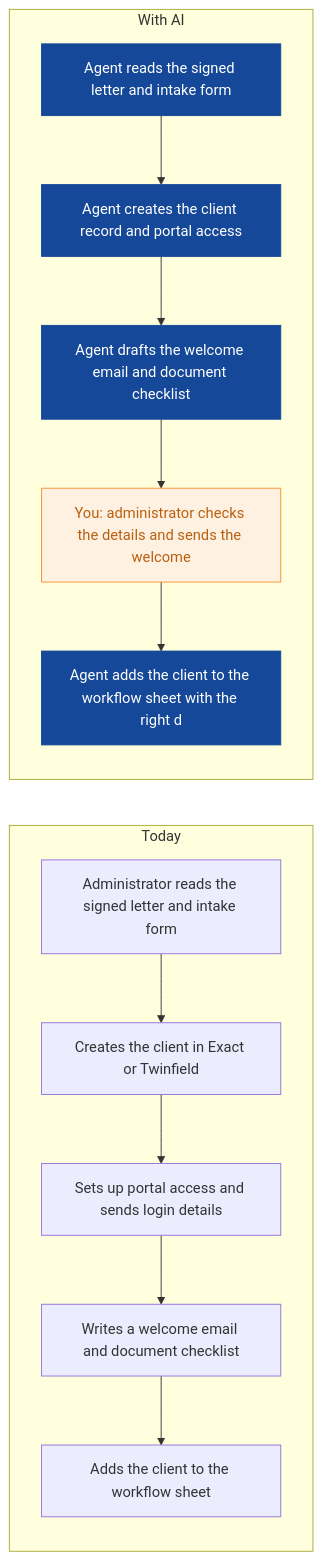
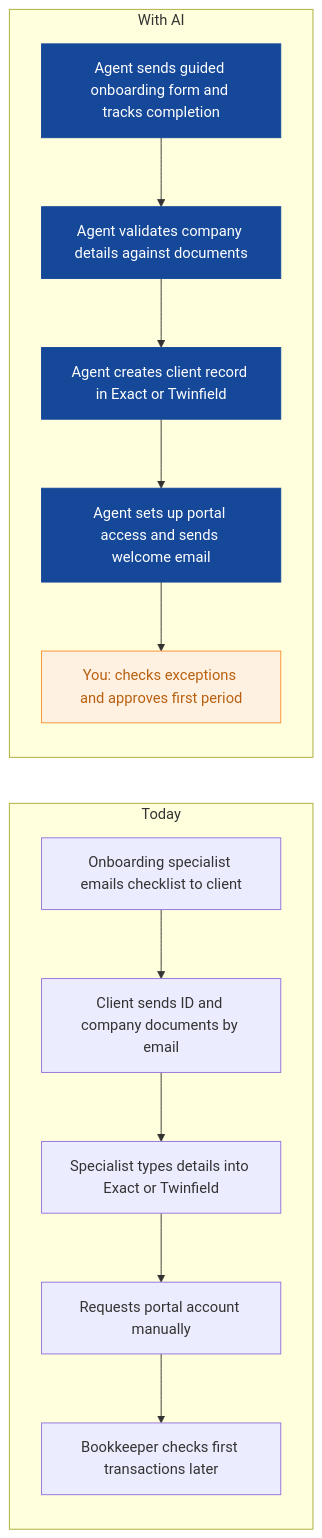
One commit to nexibeo/Complete-AI-Strategy changed the eighth of 9 diagrams in strategies/brightwater-accountancy.md. Above: the diagram before and after it, drawn with Mermaid. The commit also changed other lines of this file and 26 other files, not shown here.

````diff
--- a/strategies/brightwater-accountancy.md
+++ b/strategies/brightwater-accountancy.md
@@ -250,23 +256,23 @@
 ```mermaid
 flowchart LR
   subgraph Today
-    B0["Administrator reads the signed letter and intake form"]
-    B1["Creates the client in Exact or Twinfield"]
-    B2["Sets up portal access and sends login details"]
-    B3["Writes a welcome email and document checklist"]
-    B4["Adds the client to the workflow sheet"]
+    B0["Onboarding specialist emails checklist to client"]
+    B1["Client sends ID and company documents by email"]
+    B2["Specialist types details into Exact or Twinfield"]
+    B3["Requests portal account manually"]
+    B4["Bookkeeper checks first transactions later"]
     B0 --> B1 --> B2 --> B3 --> B4
   end
   subgraph WithAI[With AI]
-    A0["Agent reads the signed letter and intake form"]
-    A1["Agent creates the client record and portal access"]
-    A2["Agent drafts the welcome email and document checklist"]
-    A3["You: administrator checks the details and sends the welcome "]
-    A4["Agent adds the client to the workflow sheet with the right d"]
+    A0["Agent sends guided onboarding form and tracks completion"]
+    A1["Agent validates company details against documents"]
+    A2["Agent creates client record in Exact or Twinfield"]
+    A3["Agent sets up portal access and sends welcome email"]
+    A4["You: checks exceptions and approves first period"]
     A0 --> A1 --> A2 --> A3 --> A4
   end
   classDef ai fill:#154899,color:#fff,stroke:#154899
   classDef human fill:#FFF1E2,color:#B8600F,stroke:#F98F2C
-  class A0,A1,A2,A4 ai
-  class A3 human
+  class A0,A1,A2,A3 ai
+  class A4 human
 ```
````
